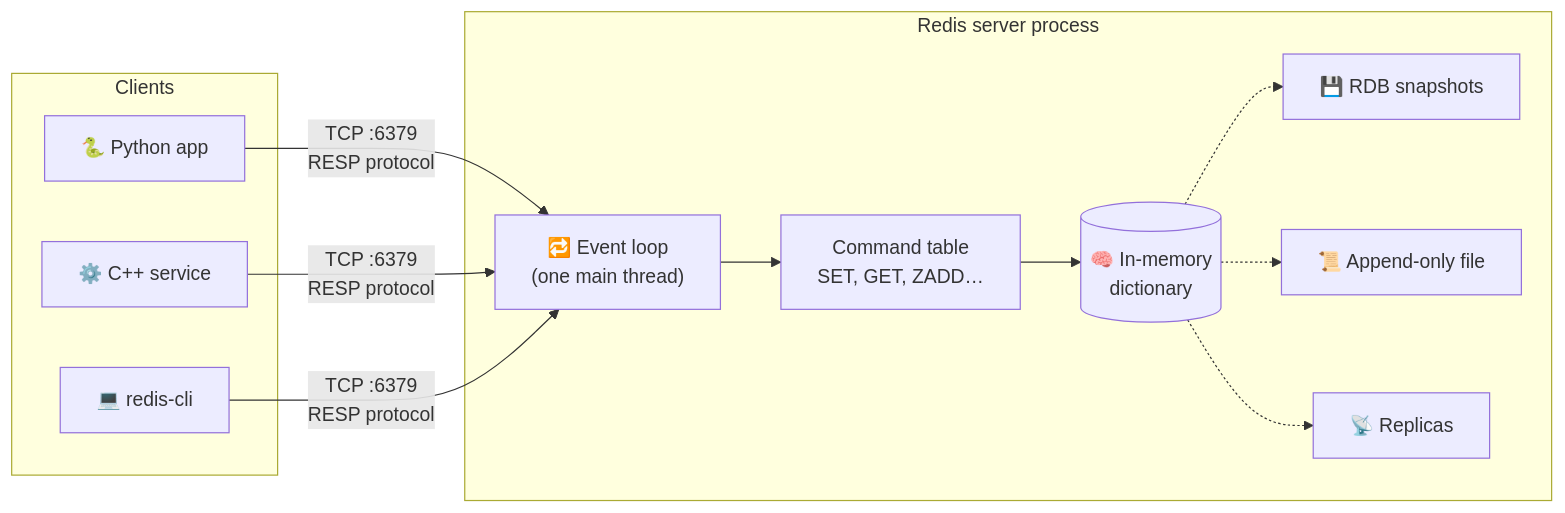
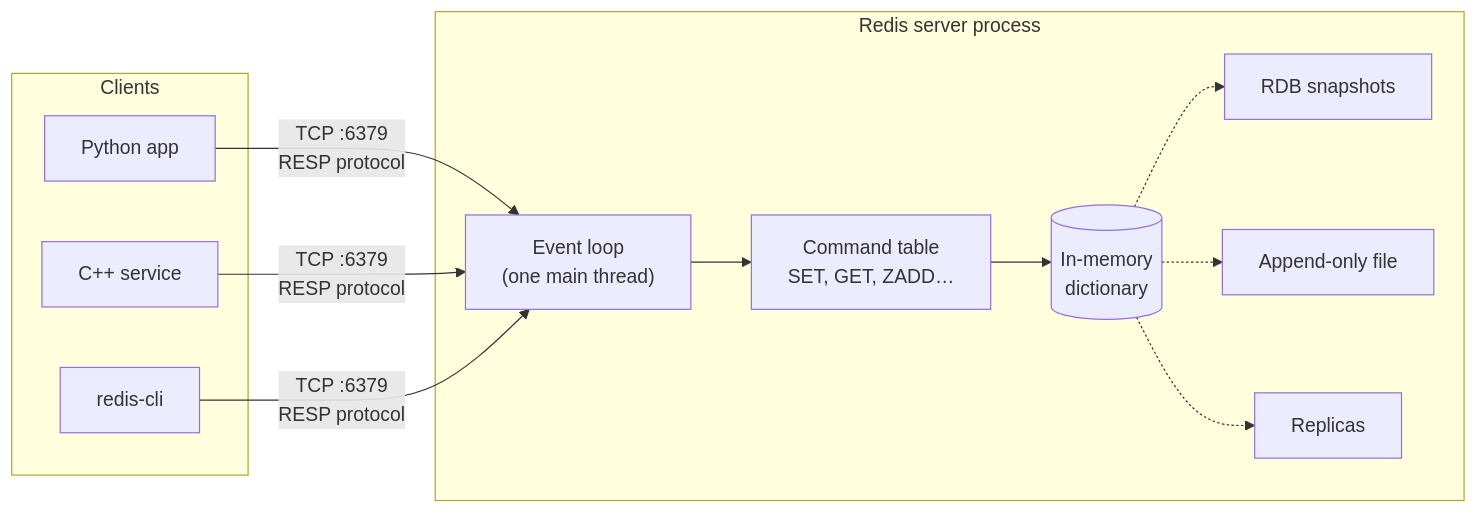
The tenth of 53 diagrams in src/redis.md (jamal474/slides), drawn with Mermaid before and after one commit. The commit also changed other lines of this file, not shown here.

First line of the commit message:
Quieter visual style for the Redis deck

````diff
--- a/src/redis.md
+++ b/src/redis.md
@@ -651,16 +648,16 @@
 ```mermaid
 flowchart LR
   subgraph Clients
-    C1["🐍 Python app"]
-    C2["⚙️ C++ service"]
-    C3["💻 redis-cli"]
+    C1["Python app"]
+    C2["C++ service"]
+    C3["redis-cli"]
   end
   C1 & C2 & C3 -- "TCP :6379<br/>RESP protocol" --> EL
   subgraph Server["Redis server process"]
-    EL["🔁 Event loop<br/>(one main thread)"] --> CMD["Command table<br/>SET, GET, ZADD…"]
-    CMD --> DS[("🧠 In-memory<br/>dictionary")]
-    DS -.-> RDB["💾 RDB snapshots"]
-    DS -.-> AOF["📜 Append-only file"]
-    DS -.-> REP["📡 Replicas"]
+    EL["Event loop<br/>(one main thread)"] --> CMD["Command table<br/>SET, GET, ZADD…"]
+    CMD --> DS[("In-memory<br/>dictionary")]
+    DS -.-> RDB["RDB snapshots"]
+    DS -.-> AOF["Append-only file"]
+    DS -.-> REP["Replicas"]
   end
 ```
````
